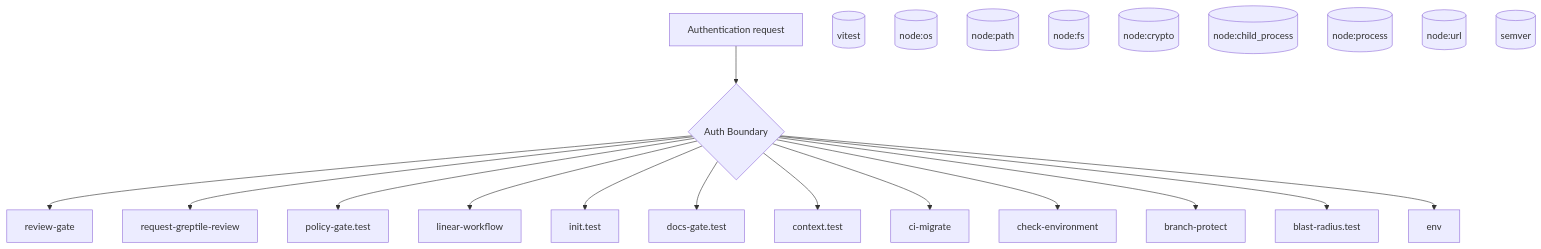
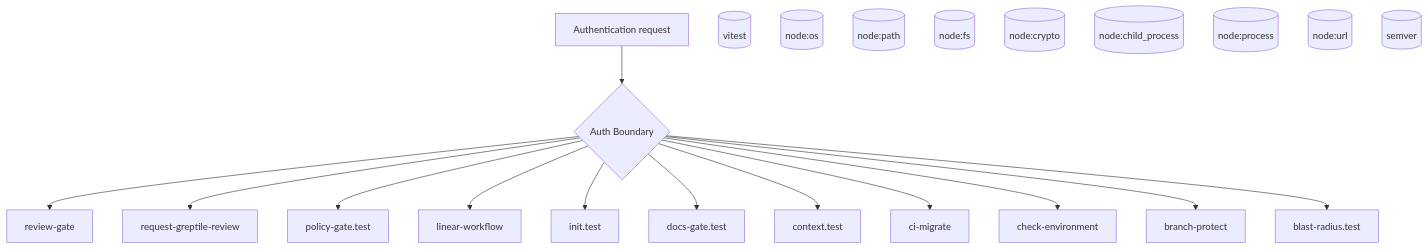
Before and after one commit to jscraik/coding-harness: the second of 10 diagrams in AI/context/diagram-context.md, drawn with Mermaid. The commit also changed other lines of this file and 6 other files, not shown here.

Commit message:
chore(diagrams): auto-refresh architecture diagrams

````diff
--- a/AI/context/diagram-context.md
+++ b/AI/context/diagram-context.md
@@ -127,40 +127,38 @@
 ```mermaid
 flowchart TD
   Request["Authentication request"]
   Boundary{"Auth Boundary"}
   Request --> Boundary
   review_gate_09b579c4["review-gate"]
   Boundary --> review_gate_09b579c4
   request_greptile_review_851df233["request-greptile-review"]
   Boundary --> request_greptile_review_851df233
   policy_gate_test_203a5261["policy-gate.test"]
   Boundary --> policy_gate_test_203a5261
   linear_workflow_c5cb6267["linear-workflow"]
   Boundary --> linear_workflow_c5cb6267
   init_test_cbba76a6["init.test"]
   Boundary --> init_test_cbba76a6
   docs_gate_test_a25e972f["docs-gate.test"]
   Boundary --> docs_gate_test_a25e972f
   context_test_57aad306["context.test"]
   Boundary --> context_test_57aad306
   ci_migrate_78bb70b1["ci-migrate"]
   Boundary --> ci_migrate_78bb70b1
   check_environment_fe68d4be["check-environment"]
   Boundary --> check_environment_fe68d4be
   branch_protect_b9d345eb["branch-protect"]
   Boundary --> branch_protect_b9d345eb
   blast_radius_test_045450fc["blast-radius.test"]
   Boundary --> blast_radius_test_045450fc
-  env_b77349bf["env"]
-  Boundary --> env_b77349bf
   vitest_a9127f3d[("vitest")]
   node_os_e9717731[("node:os")]
   node_path_0e7d56ab[("node:path")]
   node_fs_df6b52af[("node:fs")]
   node_crypto_879f6cbe[("node:crypto")]
   node_child_process_cb73900b[("node:child_process")]
   node_process_09240432[("node:process")]
   node_url_b54ed078[("node:url")]
   semver_50449d83[("semver")]
   classDef authNode fill:#7c3aed,color:#fff
 ```
````
